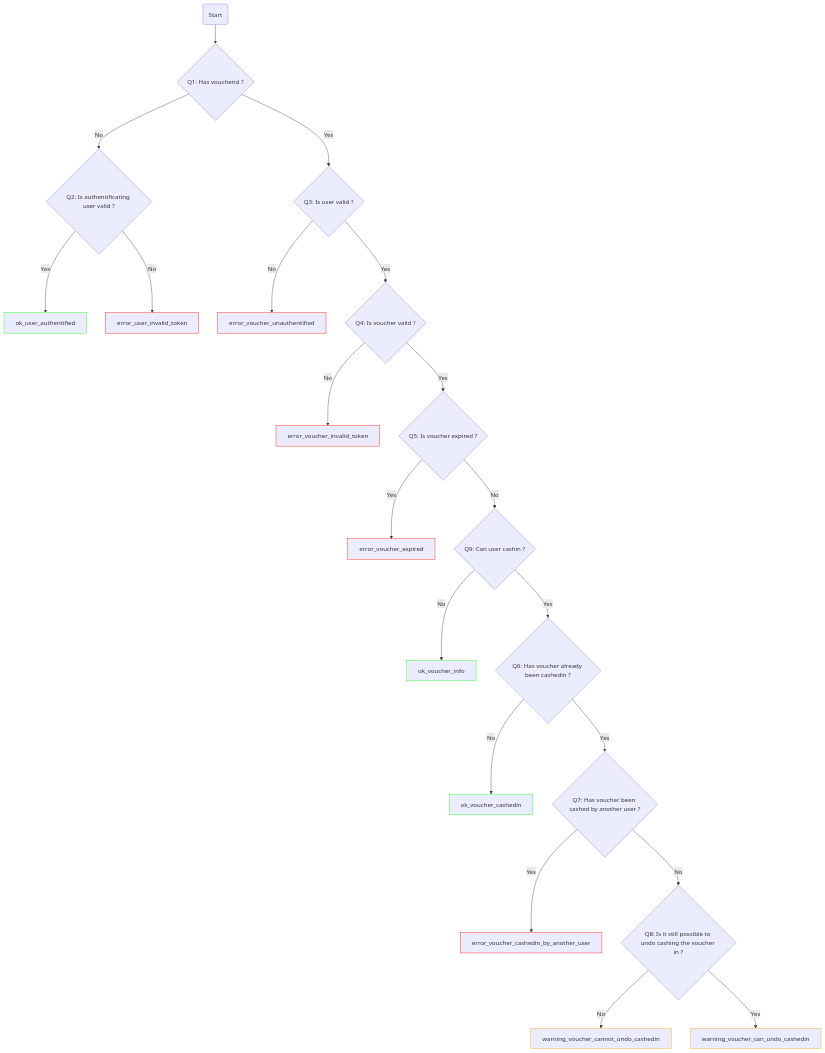
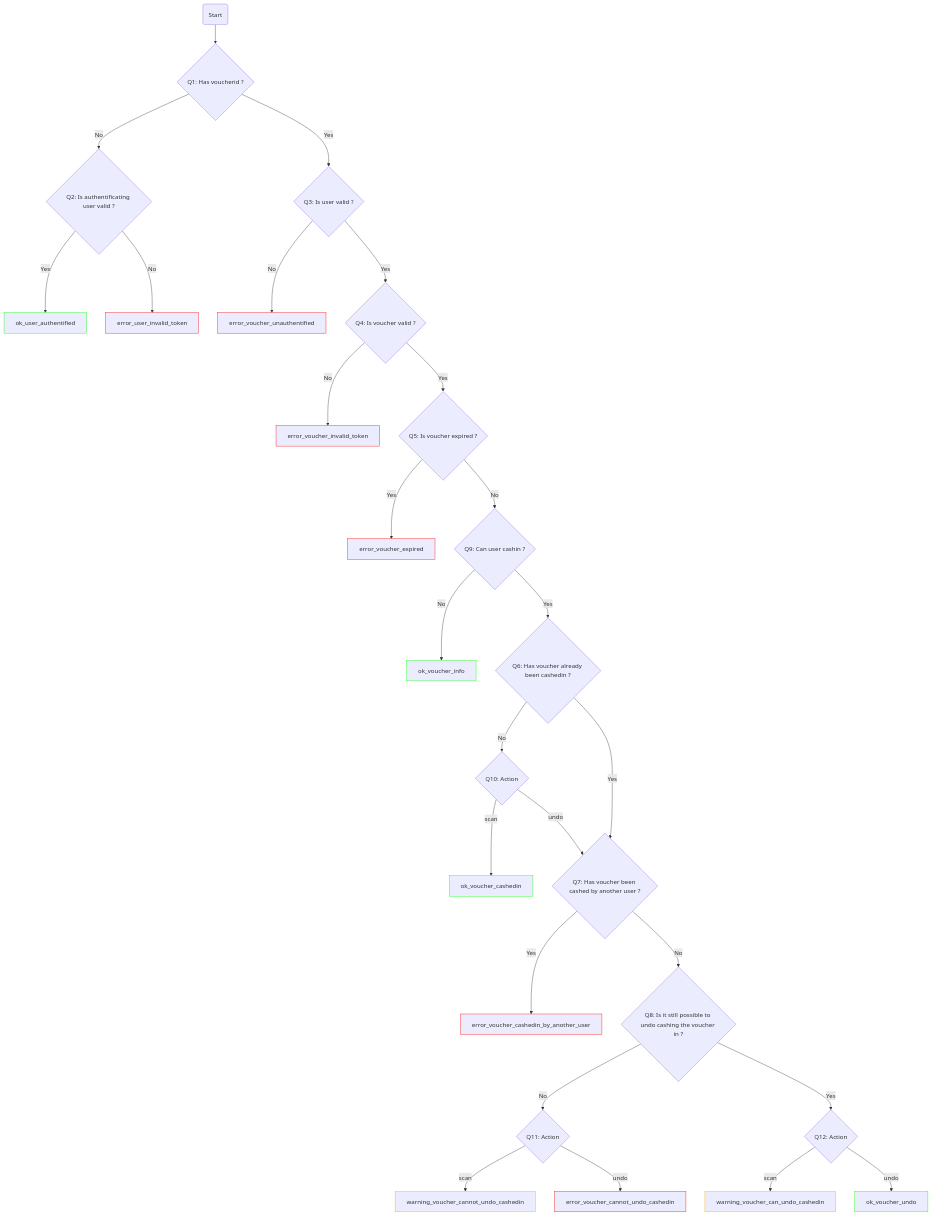
The diagram in README.md (epicerieledetour/ledetour-vouchers), drawn with Mermaid before and after one commit.

Commit message:
Update flowchart with undo action

````diff
--- a/README.md
+++ b/README.md
@@ -5,55 +5,70 @@
 ```mermaid
 flowchart TD
     S(Start)
     S --> Q1
 
     Q1{Q1: Has voucherid ?}
     Q1 -- No --> Q2
     Q1 -- Yes --> Q3
 
     Q2{Q2: Is authentificating user valid ?}
     Q2Y[ok_user_authentified]:::ok
     Q2N[error_user_invalid_token]:::error
     Q2 -- Yes --> Q2Y
     Q2 -- No --> Q2N
 
     Q3{Q3: Is user valid ?}
     Q3N[error_voucher_unauthentified]:::error
     Q3 -- No --> Q3N
     Q3 -- Yes --> Q4
 
     Q4{Q4: Is voucher valid ?}
     Q4N[error_voucher_invalid_token]:::error
     Q4 -- No --> Q4N
     Q4 -- Yes --> Q5
 
     Q5{Q5: Is voucher expired ?}
     Q5Y[error_voucher_expired]:::error
     Q5 -- Yes --> Q5Y
     Q5 -- No --> Q9
 
     Q9{Q9: Can user cashin ?}
     Q9N[ok_voucher_info]:::ok
     Q9 -- No --> Q9N
     Q9 -- Yes --> Q6
 
     Q6{Q6: Has voucher already been cashedin ?}
     Q6N[ok_voucher_cashedin]:::ok
-    Q6 -- No --> Q6N
+    Q6 -- No --> Q10
     Q6 -- Yes --> Q7
+
+    Q10{Q10: Action}
+    Q10 -- scan --> Q6N
+    Q10 -- undo --> Q7
 
     Q7{Q7: Has voucher been cashed by another user ?}
     Q7Y[error_voucher_cashedin_by_another_user]:::error
     Q7 -- Yes --> Q7Y
     Q7 -- No --> Q8
 
     Q8{Q8: Is it still possible to undo cashing the voucher in ?}
     Q8N[warning_voucher_cannot_undo_cashedin]:::warning
     Q8Y[warning_voucher_can_undo_cashedin]:::warning
-    Q8 -- No --> Q8N
-    Q8 -- Yes --> Q8Y
+    Q8 -- No --> Q11
+    Q8 -- Yes --> Q12
+
+    Q11{Q11: Action}
+    Q11U[error_voucher_cannot_undo_cashedin]:::error
+    Q11 -- scan --> Q8N
+    Q11 -- undo --> Q11U
+
+    Q12{Q12: Action}
+    Q12U[ok_voucher_undo]:::ok
+    Q12 -- scan --> Q8Y
+    Q12 -- undo --> Q12U
+
 
     classDef ok stroke:#0f0
     classDef warning stroke:#ffa500
     classDef error stroke:#f00
 ```
````
